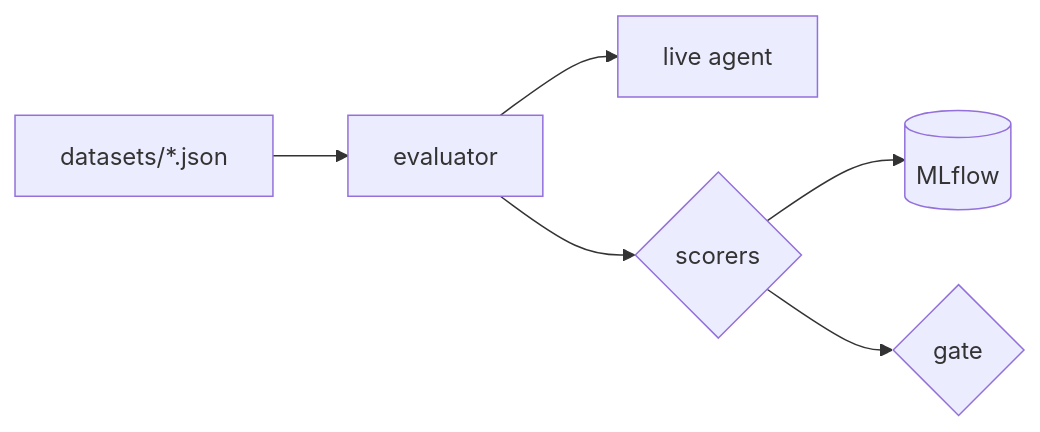
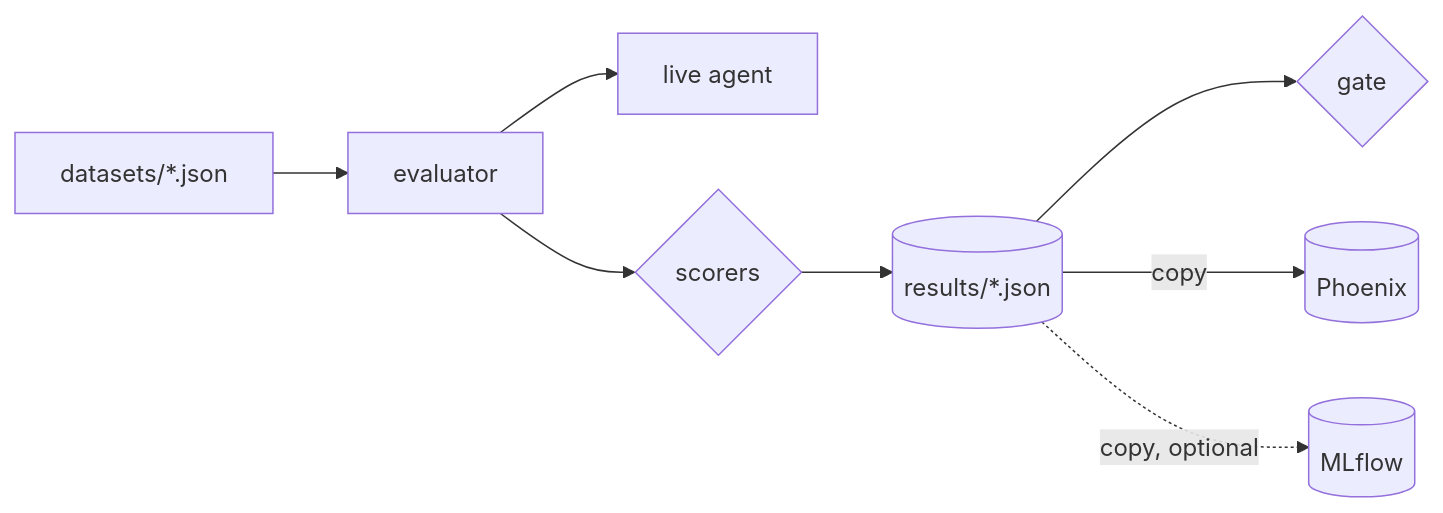
One commit to cognokratos/simple-agent-template changed the diagram in docs/tutorials/05-evaluate-the-agent.md. Above: the diagram before and after it, drawn with Mermaid. The commit also changed other lines of this file and 21 other files, not shown here.

````diff
--- a/docs/tutorials/05-evaluate-the-agent.md
+++ b/docs/tutorials/05-evaluate-the-agent.md
@@ -128,6 +143,8 @@
 ```mermaid
 flowchart LR
     DS[datasets/*.json] --> EV[evaluator] --> AG[live agent]
-    EV --> SC{scorers} --> ML[(MLflow)]
-    SC --> GATE{gate}
+    EV --> SC{scorers} --> RES[(results/*.json)]
+    RES --> GATE{gate}
+    RES -->|copy| PH[(Phoenix)]
+    RES -.->|copy, optional| ML[(MLflow)]
 ```
````
